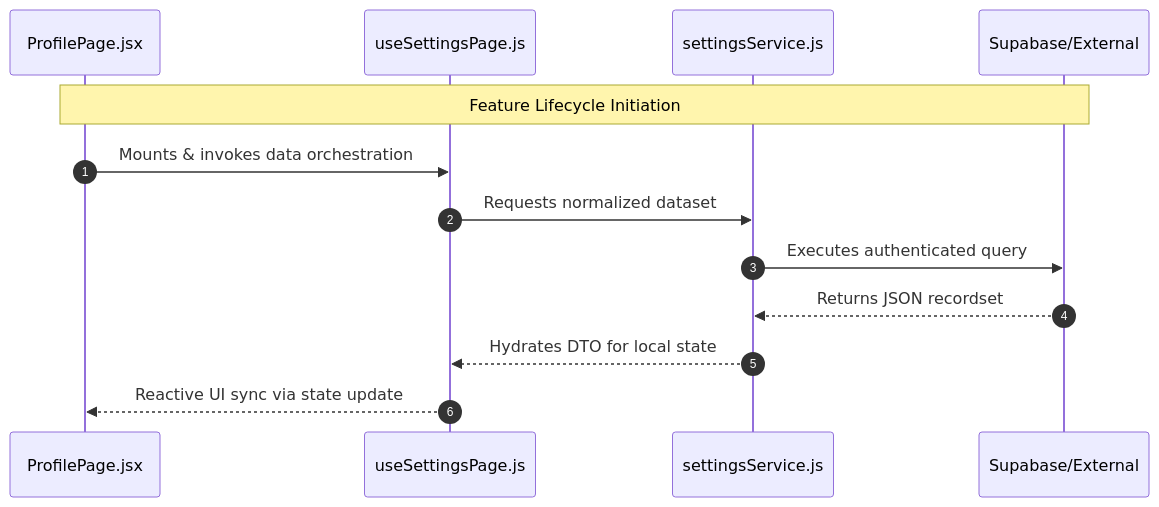
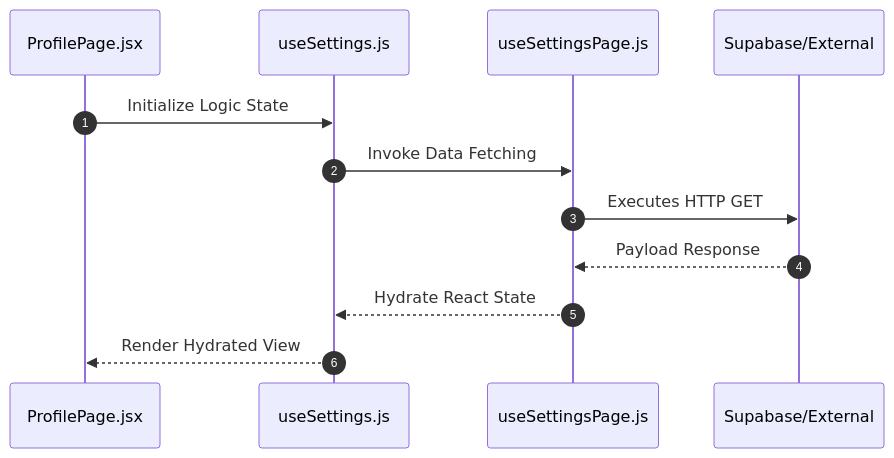
Before and after one commit to nexowebai/nexo-superadmin: the second of 2 diagrams in src/features/settings/README.md, drawn with Mermaid. The commit also changed other lines of this file and 15 other files, not shown here.

````diff
--- a/src/features/settings/README.md
+++ b/src/features/settings/README.md
@@ -16,16 +48,15 @@
 ```mermaid
 sequenceDiagram
-    autonumber
+autonumber
     participant P as ProfilePage.jsx
-    participant H as useSettingsPage.js
-    participant S as settingsService.js
+    participant H as useSettings.js
+    participant S as useSettingsPage.js
     participant API as Supabase/External
 
-    Note over P,API: Feature Lifecycle Initiation
-    P->>H: Mounts & invokes data orchestration
-    H->>S: Requests normalized dataset
-    S->>API: Executes authenticated query
-    API-->>S: Returns JSON recordset
-    S-->>H: Hydrates DTO for local state
-    H-->>P: Reactive UI sync via state update
+    P->>H: Initialize Logic State
+    H->>S: Invoke Data Fetching
+    S->>API: Executes HTTP GET
+    API-->>S: Payload Response
+    S-->>H: Hydrate React State
+    H-->>P: Render Hydrated View
 ```
````
